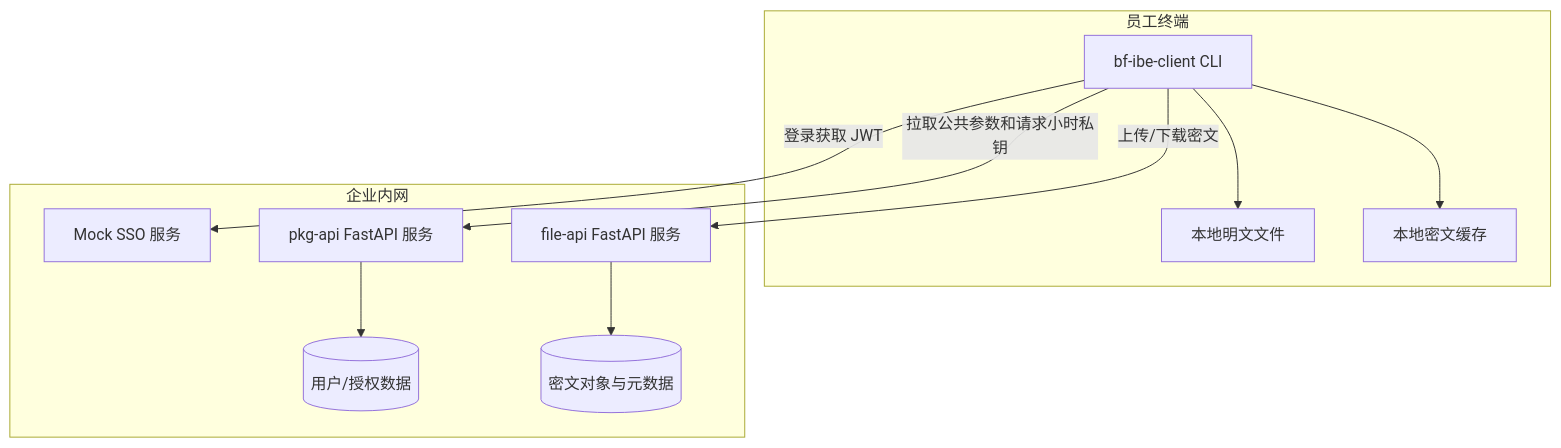
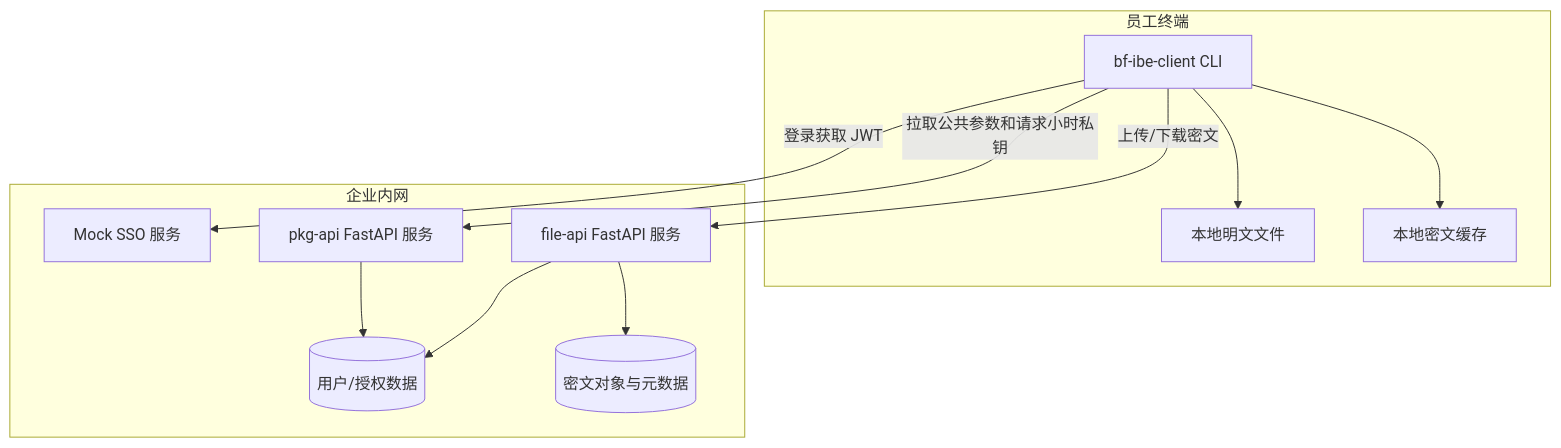
The second of 7 diagrams in docs/diagrams.md (firfisa/BF-IBE), drawn with Mermaid before and after one commit. The commit also changed other lines of this file and 4 other files, not shown here.

````diff
--- a/docs/diagrams.md
+++ b/docs/diagrams.md
@@ -16,24 +17,25 @@
 ```mermaid
 flowchart TB
   subgraph ClientHost["员工终端"]
     CLI["bf-ibe-client CLI"]
     Plain["本地明文文件"]
     CipherLocal["本地密文缓存"]
   end
 
   subgraph Intranet["企业内网"]
     Auth["Mock SSO 服务"]
     PKG["pkg-api FastAPI 服务"]
     FileAPI["file-api FastAPI 服务"]
     UserStore[("用户/授权数据")]
     FileStore[("密文对象与元数据")]
   end
 
   CLI --> Plain
   CLI --> CipherLocal
   CLI -->|"登录获取 JWT"| Auth
   CLI -->|"拉取公共参数和请求小时私钥"| PKG
   CLI -->|"上传/下载密文"| FileAPI
   PKG --> UserStore
+  FileAPI --> UserStore
   FileAPI --> FileStore
 ```
````
